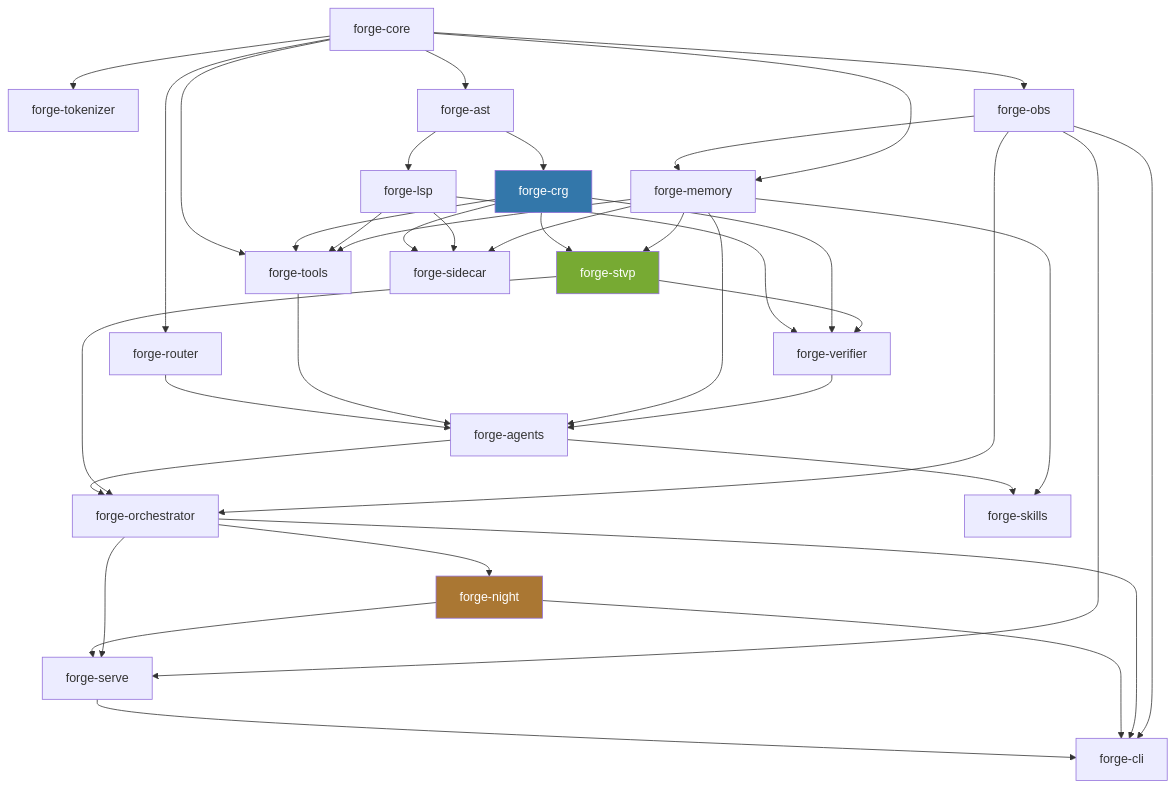
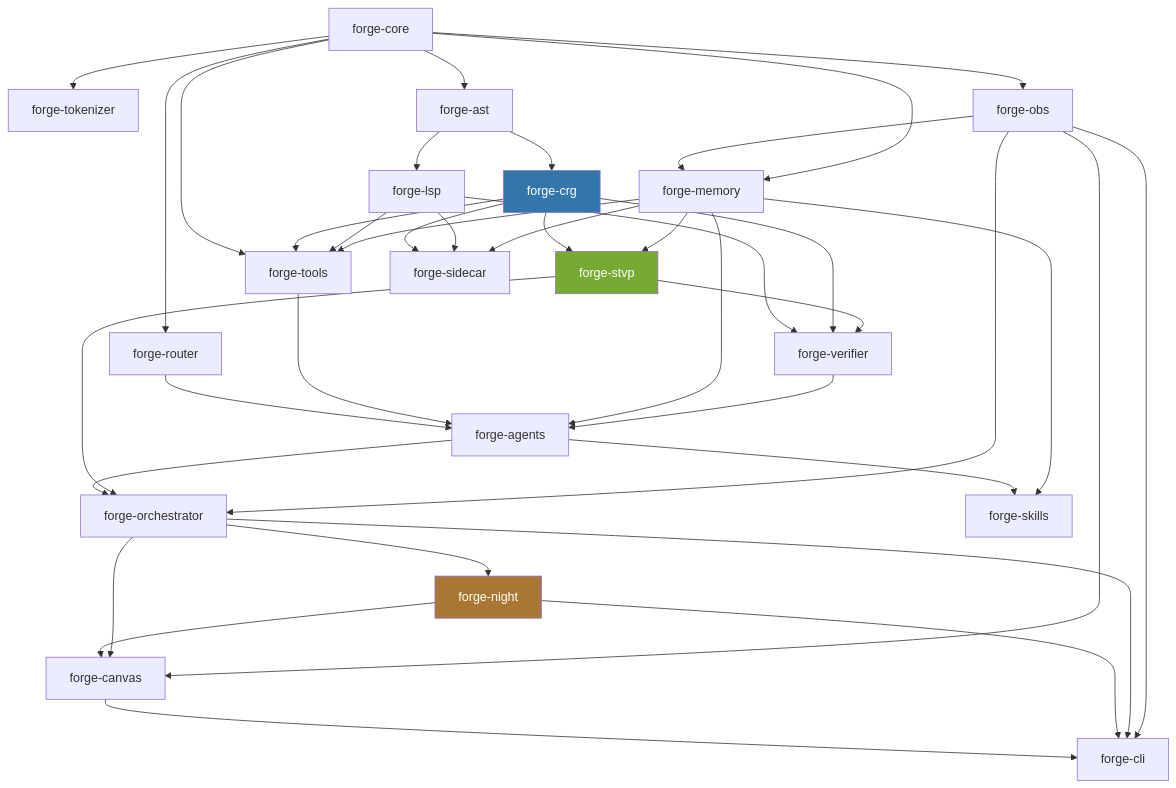
The third of 7 diagrams in README.md (YashManek1/Yantra), drawn with Mermaid before and after one commit. The commit also changed other lines of this file and 112 other files, not shown here.

Commit message:
feat: initialize project architecture with modular crates, command-line interface, canvas system, and security-focused testing infrastructure

````diff
--- a/README.md
+++ b/README.md
@@ -205,53 +227,53 @@
 ```mermaid
 graph TD
     CORE[forge-core] --> TOKENIZER[forge-tokenizer]
     CORE --> OBS[forge-obs]
     CORE --> ROUTER[forge-router]
     CORE --> AST[forge-ast]
 
     AST --> CRG[forge-crg]
     AST --> LSP[forge-lsp]
     CRG --> STVP[forge-stvp]
     LSP --> VERIFIER[forge-verifier]
     CRG --> VERIFIER
 
     OBS --> MEMORY[forge-memory]
     CORE --> MEMORY
     MEMORY --> STVP
 
     CORE --> TOOLS[forge-tools]
     CRG --> TOOLS
     LSP --> TOOLS
     MEMORY --> TOOLS
 
     STVP --> VERIFIER
     ROUTER --> AGENTS[forge-agents]
     TOOLS --> AGENTS
     MEMORY --> AGENTS
     VERIFIER --> AGENTS
 
     AGENTS --> ORCH[forge-orchestrator]
     STVP --> ORCH
     OBS --> ORCH
 
     ORCH --> NIGHT[forge-night]
     AGENTS --> SKILLS[forge-skills]
     MEMORY --> SKILLS
 
     CRG --> SIDECAR[forge-sidecar]
     LSP --> SIDECAR
     MEMORY --> SIDECAR
 
-    NIGHT --> SERVE[forge-serve]
-    ORCH --> SERVE
-    OBS --> SERVE
+    NIGHT --> CANVAS[forge-canvas]
+    ORCH --> CANVAS
+    OBS --> CANVAS
 
-    SERVE --> CLI[forge-cli]
+    CANVAS --> CLI[forge-cli]
     NIGHT --> CLI
     ORCH --> CLI
     OBS --> CLI
 
     style STVP fill:#7a3,color:#fff
     style CRG fill:#37a,color:#fff
     style NIGHT fill:#a73,color:#fff
 ```
````
